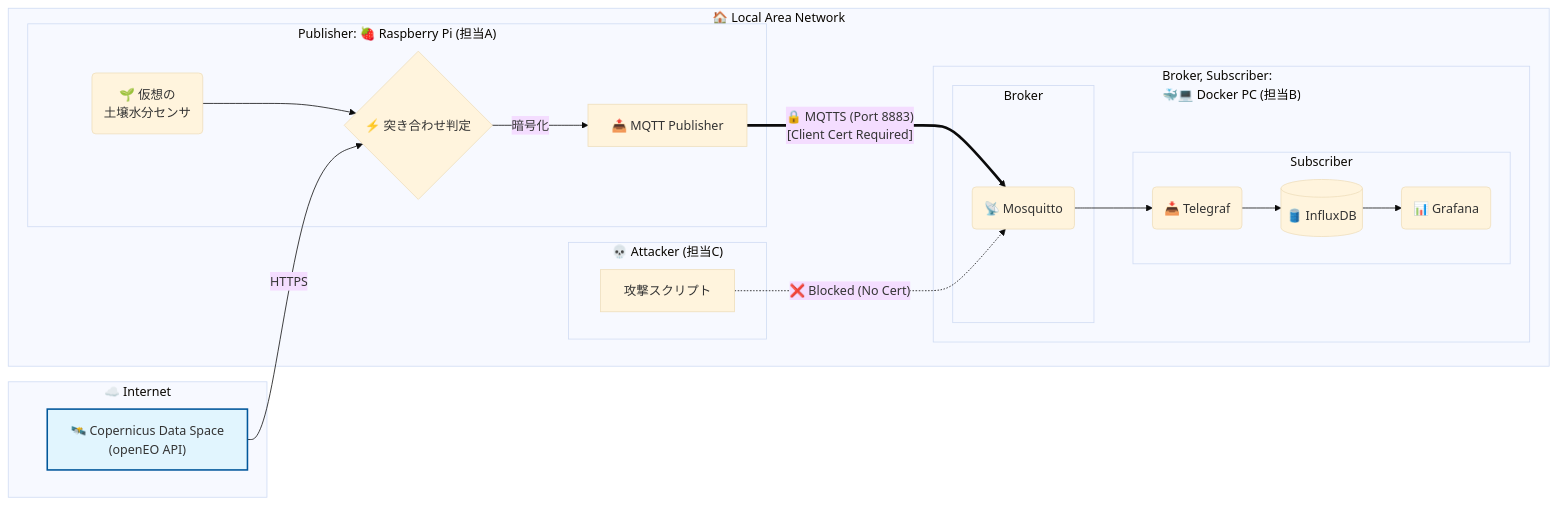
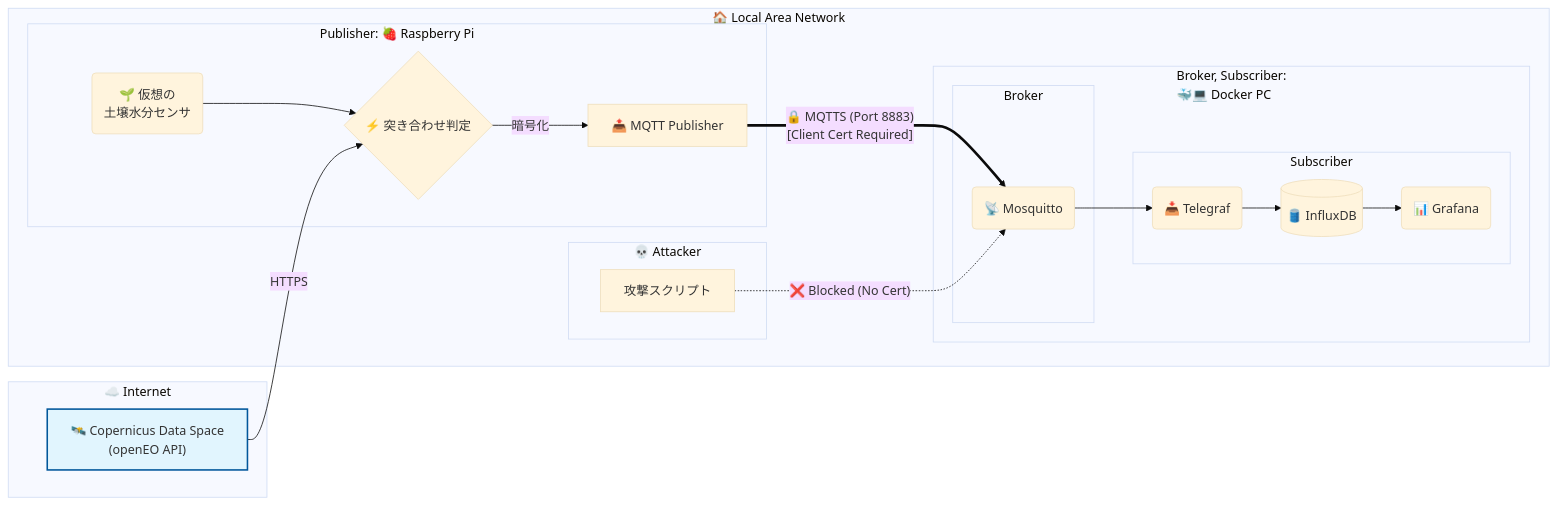
Before and after one commit to ShotaSasaki-HU/iot-agri-monitor: the diagram in docs/system_overview.mmd, drawn with Mermaid (base theme). The commit also changed 4 other files, not shown here.

```diff
--- a/docs/system_overview.mmd
+++ b/docs/system_overview.mmd
@@ -1,45 +1,45 @@
 ---
 config:
   layout: dagre
 ---
 flowchart LR
  subgraph WAN["☁️ Internet"]
         CDSE["🛰️ Copernicus Data Space<br>(openEO API)"]
   end
- subgraph Edge["Publisher: 🍓 Raspberry Pi (担当A)"]
+ subgraph Edge["Publisher: 🍓 Raspberry Pi"]
         Logic{"⚡ 突き合わせ判定"}
         Sensor("🌱 仮想の<br>土壌水分センサ")
         MQTT_Pub["📤 MQTT Publisher"]
   end
- subgraph Server["Broker, Subscriber:<br>🐳💻 Docker PC (担当B)"]
+ subgraph Server["Broker, Subscriber:<br>🐳💻 Docker PC"]
         subgraph Broker["Broker"]
             Mosquitto("📡 Mosquitto")
         end
         subgraph Subscriber["Subscriber"]
             Telegraf("📥 Telegraf")
             DB[("🛢️ InfluxDB")]
             Dash("📊 Grafana")
         end
   end
- subgraph Evil["💀 Attacker (担当C)"]
+ subgraph Evil["💀 Attacker"]
         Script["攻撃スクリプト"]
   end
  subgraph LAN["🏠 Local Area Network"]
         Edge
         Server
         Evil
   end
     Sensor --> Logic
     CDSE -- HTTPS --> Logic
     Logic -- 暗号化 --> MQTT_Pub
     MQTT_Pub == 🔒 MQTTS (Port 8883)<br>[Client Cert Required] ==> Mosquitto
     Mosquitto --> Telegraf
     Telegraf --> DB
     DB --> Dash
     Script -. ❌ Blocked (No Cert) .-> Mosquitto
 
      CDSE:::internet
     classDef internet fill:#e1f5fe,stroke:#01579b,stroke-width:2px
     classDef edge fill:#e8f5e9,stroke:#2e7d32,stroke-width:2px
     classDef server fill:#fff3e0,stroke:#e65100,stroke-width:2px
     classDef attack fill:#ffebee,stroke:#c62828,stroke-width:2px
```
